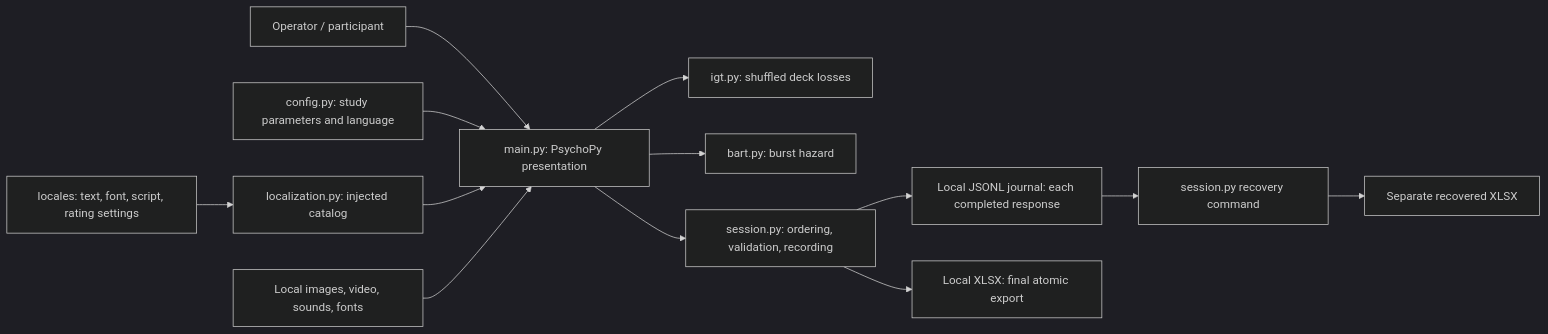
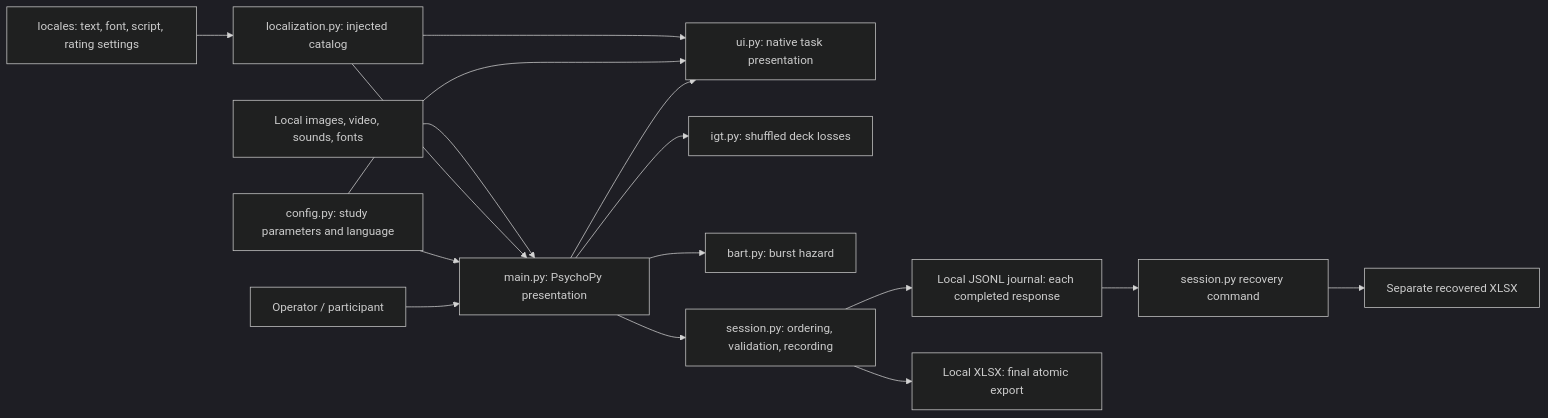
One commit to Roobahist/bart_igt changed the diagram in docs/architecture.md. Above: the diagram before and after it, drawn with Mermaid (dark theme). The commit also changed 2 other files, not shown here.

Commit message:
Align Persian task header and document the redesigned UI

````diff
--- a/docs/architecture.md
+++ b/docs/architecture.md
@@ -6,15 +6,18 @@
 ```mermaid
 flowchart LR
     Operator[Operator / participant] --> Main[main.py: PsychoPy presentation]
     Config[config.py: study parameters and language] --> Main
     Catalogs[locales: text, font, script, rating settings] --> Localization[localization.py: injected catalog]
     Localization --> Main
+    Main --> UI[ui.py: native task presentation]
+    Config --> UI
+    Localization --> UI
     Assets[Local images, video, sounds, fonts] --> Main
     Main --> IGT[igt.py: shuffled deck losses]
     Main --> BART[bart.py: burst hazard]
     Main --> Session[session.py: ordering, validation, recording]
     Session --> Journal[Local JSONL journal: each completed response]
     Session --> Excel[Local XLSX: final atomic export]
     Journal --> Recovery[session.py recovery command]
     Recovery --> Recovered[Separate recovered XLSX]
 ```
````
